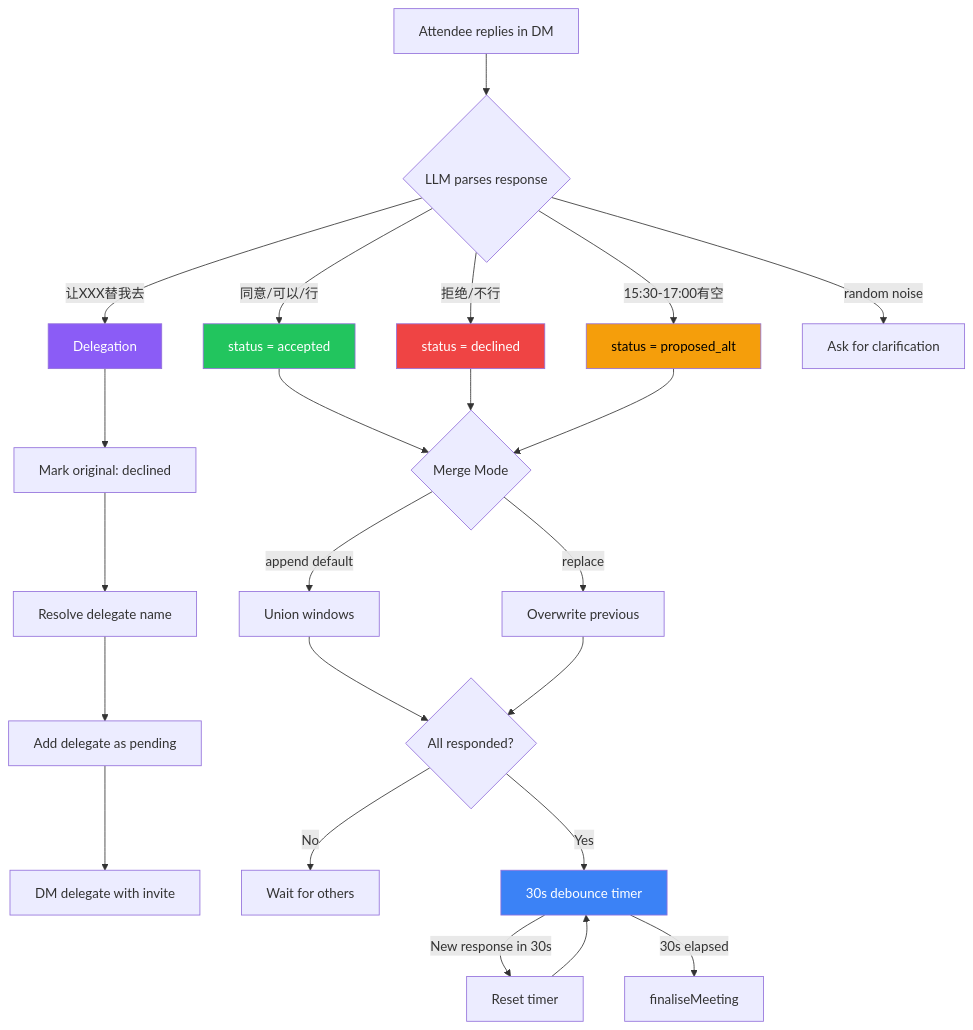
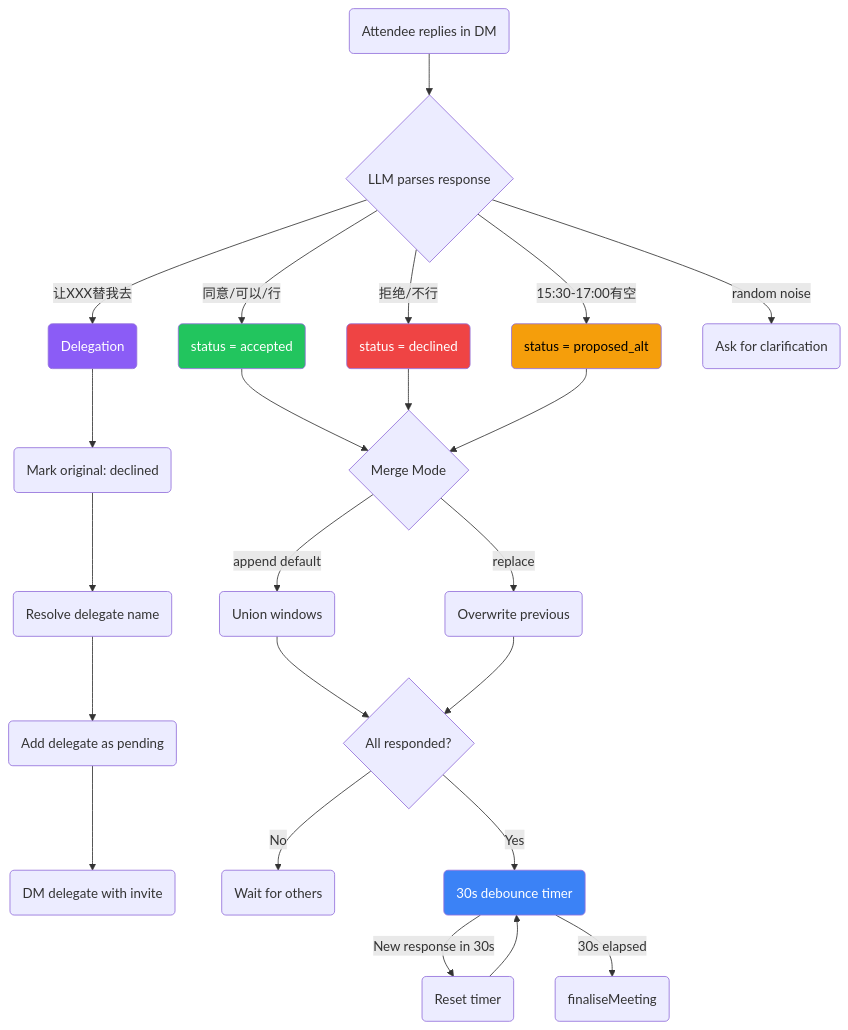
Before and after one commit to javana3/claw_meeting_all: the fourth of 6 diagrams in README.md, drawn with Mermaid. The commit also changed other lines of this file and 1 other file, not shown here.

First line of the commit message:
docs: split README into EN/CN with rounded Mermaid diagrams

````diff
--- a/README.md
+++ b/README.md
@@ -169,38 +167,38 @@
 ```mermaid
 flowchart TD
-    REPLY[Attendee replies in DM] --> PARSE{LLM parses response}
+    REPLY(Attendee replies in DM) --> PARSE{LLM parses response}
 
-    PARSE -->|"同意/可以/行"| ACC[status = accepted]
-    PARSE -->|"拒绝/不行"| DEC[status = declined]
-    PARSE -->|"15:30-17:00有空"| ALT[status = proposed_alt]
-    PARSE -->|"让XXX替我去"| DEL[Delegation]
-    PARSE -->|"random noise"| IGN[Ask for clarification]
+    PARSE -->|"同意/可以/行"| ACC(status = accepted)
+    PARSE -->|"拒绝/不行"| DEC(status = declined)
+    PARSE -->|"15:30-17:00有空"| ALT(status = proposed_alt)
+    PARSE -->|"让XXX替我去"| DEL(Delegation)
+    PARSE -->|"random noise"| IGN(Ask for clarification)
 
     ACC --> MERGE{Merge Mode}
     DEC --> MERGE
     ALT --> MERGE
 
-    DEL --> D1[Mark original: declined]
-    D1 --> D2[Resolve delegate name]
-    D2 --> D3[Add delegate as pending]
-    D3 --> D4[DM delegate with invite]
+    DEL --> D1(Mark original: declined)
+    D1 --> D2(Resolve delegate name)
+    D2 --> D3(Add delegate as pending)
+    D3 --> D4(DM delegate with invite)
 
-    MERGE -->|append default| UNION[Union windows]
-    MERGE -->|replace| OVERWRITE[Overwrite previous]
+    MERGE -->|append default| UNION(Union windows)
+    MERGE -->|replace| OVERWRITE(Overwrite previous)
 
     UNION --> CHECK{All responded?}
     OVERWRITE --> CHECK
 
-    CHECK -->|No| WAIT[Wait for others]
-    CHECK -->|Yes| DEBOUNCE[30s debounce timer]
+    CHECK -->|No| WAIT(Wait for others)
+    CHECK -->|Yes| DEBOUNCE(30s debounce timer)
 
-    DEBOUNCE -->|New response in 30s| RESET[Reset timer]
+    DEBOUNCE -->|New response in 30s| RESET(Reset timer)
     RESET --> DEBOUNCE
-    DEBOUNCE -->|30s elapsed| FINAL[finaliseMeeting]
+    DEBOUNCE -->|30s elapsed| FINAL(finaliseMeeting)
 
     style ACC fill:#22c55e,color:#fff
     style DEC fill:#ef4444,color:#fff
     style ALT fill:#f59e0b,color:#000
     style DEL fill:#8b5cf6,color:#fff
     style DEBOUNCE fill:#3b82f6,color:#fff
 ```
````
